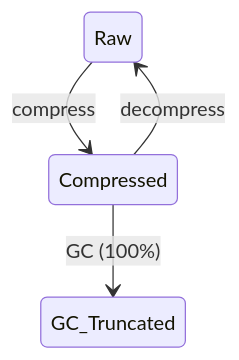
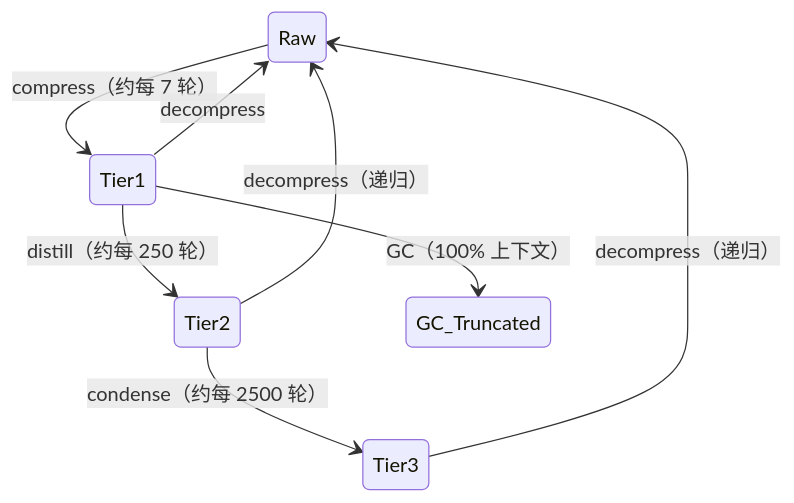
One commit to ranxianglei/opencode-acp changed the diagram in README.zh-CN.md. Above: the diagram before and after it, drawn with Mermaid. The commit also changed other lines of this file and 1 other file, not shown here.

First line of the commit message:
docs(readme): document three-tier compression architecture (T1/T2/T3)

````diff
--- a/README.zh-CN.md
+++ b/README.zh-CN.md
@@ -83,6 +83,10 @@
 ```mermaid
 stateDiagram-v2
-    Raw --> Compressed : compress
-    Compressed --> Raw : decompress
-    Compressed --> GC_Truncated : GC (100%)
+    Raw --> Tier1 : compress（约每 7 轮）
+    Tier1 --> Tier2 : distill（约每 250 轮）
+    Tier2 --> Tier3 : condense（约每 2500 轮）
+    Tier1 --> Raw : decompress
+    Tier2 --> Raw : decompress（递归）
+    Tier3 --> Raw : decompress（递归）
+    Tier1 --> GC_Truncated : GC（100% 上下文）
 ```
````
